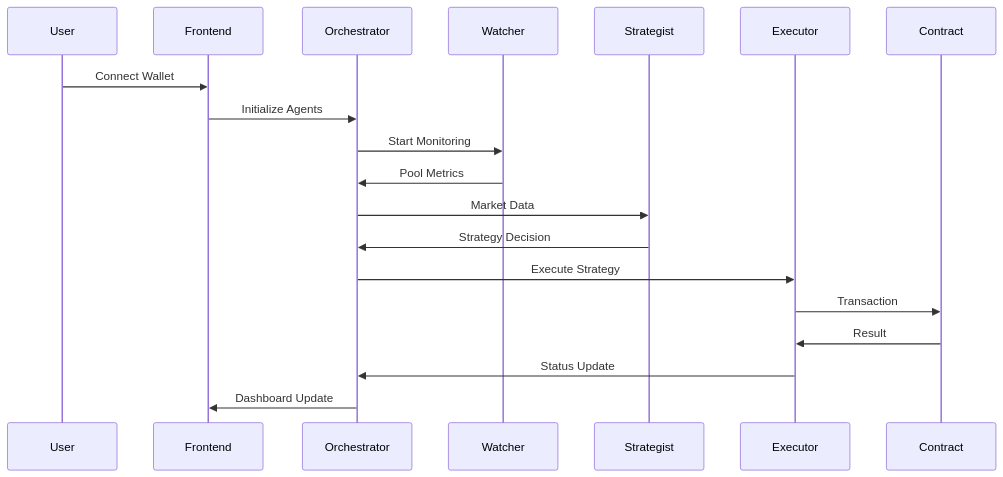
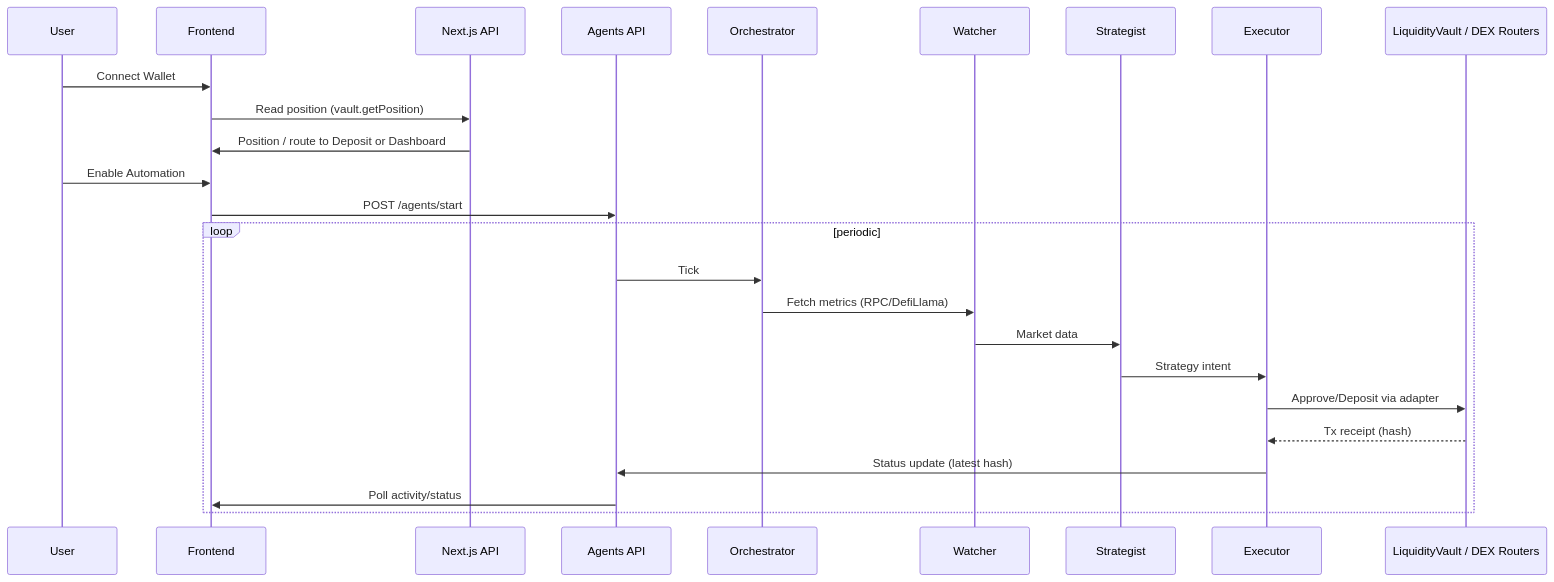
The third of 3 diagrams in README.md (samueldanso/liquidmesh-somnia-ai), drawn with Mermaid before and after one commit. The commit also changed other lines of this file and 16 other files, not shown here.

````diff
--- a/README.md
+++ b/README.md
@@ -142,22 +159,28 @@
 ```mermaid
 sequenceDiagram
     participant U as User
     participant UI as Frontend
+    participant API as Next.js API
+    participant AG as Agents API
     participant O as Orchestrator
     participant W as Watcher
     participant S as Strategist
     participant E as Executor
-    participant C as Contract
+    participant V as LiquidityVault / DEX Routers
 
     U->>UI: Connect Wallet
-    UI->>O: Initialize Agents
-    O->>W: Start Monitoring
-    W->>O: Pool Metrics
-    O->>S: Market Data
-    S->>O: Strategy Decision
-    O->>E: Execute Strategy
-    E->>C: Transaction
-    C->>E: Result
-    E->>O: Status Update
-    O->>UI: Dashboard Update
+    UI->>API: Read position (vault.getPosition)
+    API->>UI: Position / route to Deposit or Dashboard
+    U->>UI: Enable Automation
+    UI->>AG: POST /agents/start
+    loop periodic
+      AG->>O: Tick
+      O->>W: Fetch metrics (RPC/DefiLlama)
+      W->>S: Market data
+      S->>E: Strategy intent
+      E->>V: Approve/Deposit via adapter
+      V-->>E: Tx receipt (hash)
+      E->>AG: Status update (latest hash)
+      AG->>UI: Poll activity/status
+    end
 ```
````
